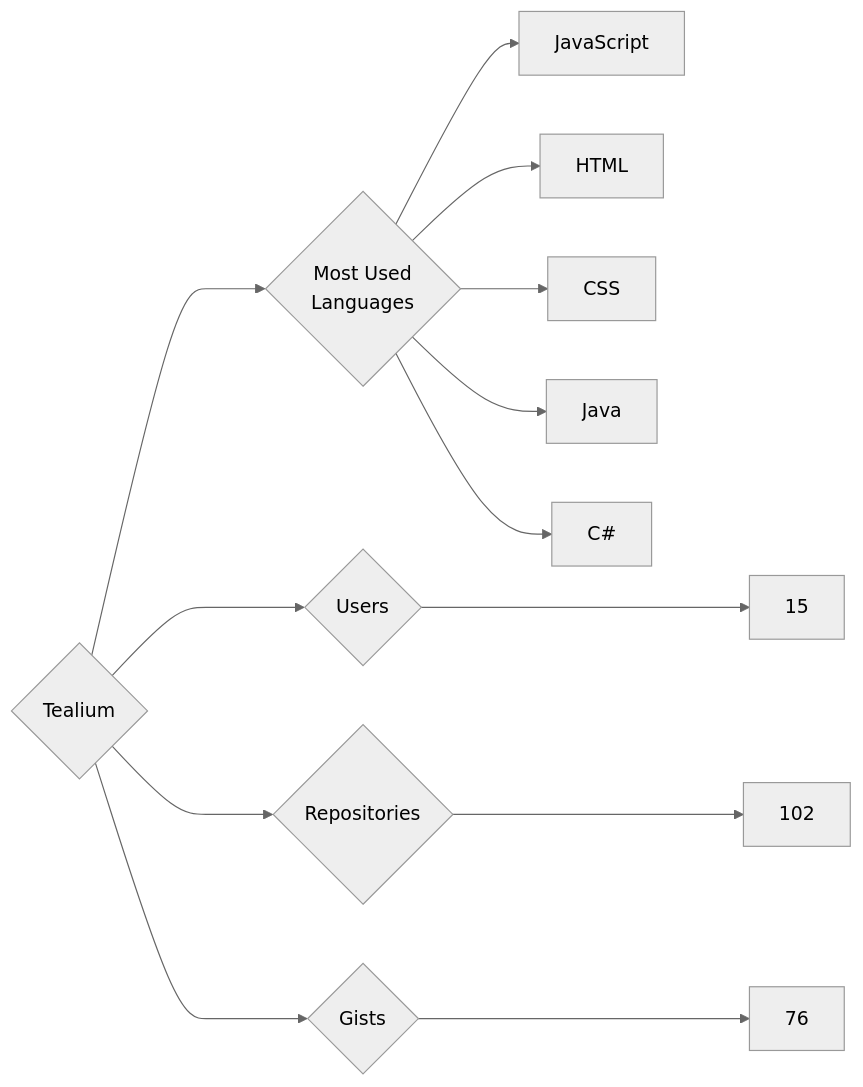
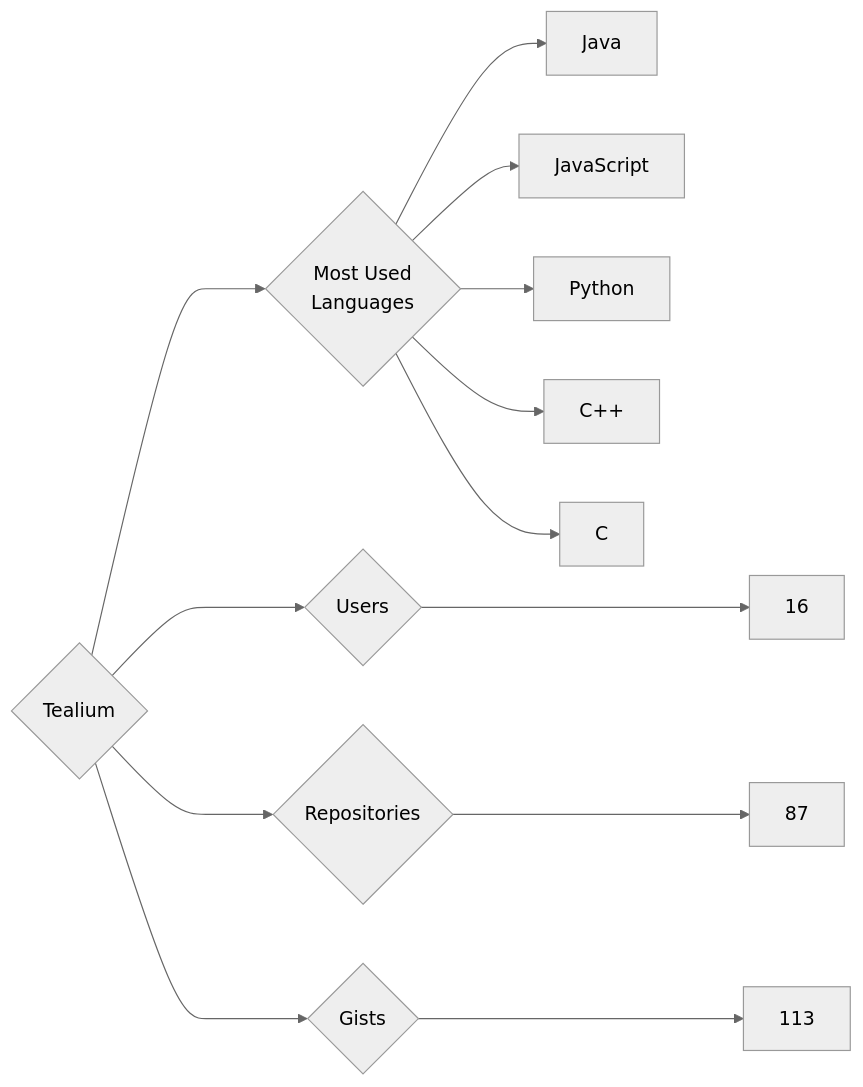
The diagram in targets/Tealium/README.md (trickest/insiders), drawn with Mermaid (neutral theme) before and after one commit. The commit also changed 860 other files, not shown here.

````diff
--- a/targets/Tealium/README.md
+++ b/targets/Tealium/README.md
@@ -3,13 +3,13 @@
 ```mermaid
 graph LR
 COMPANY_NAME{Tealium}
-COMPANY_NAME ---> U{Users} ---> UN[15]
-COMPANY_NAME ---> R{Repositories} ---> RN[102]
-COMPANY_NAME ---> G{Gists} ---> GN[76]
+COMPANY_NAME ---> U{Users} ---> UN[16]
+COMPANY_NAME ---> R{Repositories} ---> RN[87]
+COMPANY_NAME ---> G{Gists} ---> GN[113]
 COMPANY_NAME ---> ML{Most Used<br>Languages}
+ML --> Java[Java]
 ML --> JavaScript[JavaScript]
-ML --> HTML[HTML]
-ML --> CSS[CSS]
-ML --> Java[Java]
-ML --> C#[C#]
+ML --> Python[Python]
+ML --> C++[C++]
+ML --> C[C]
 ```
````
